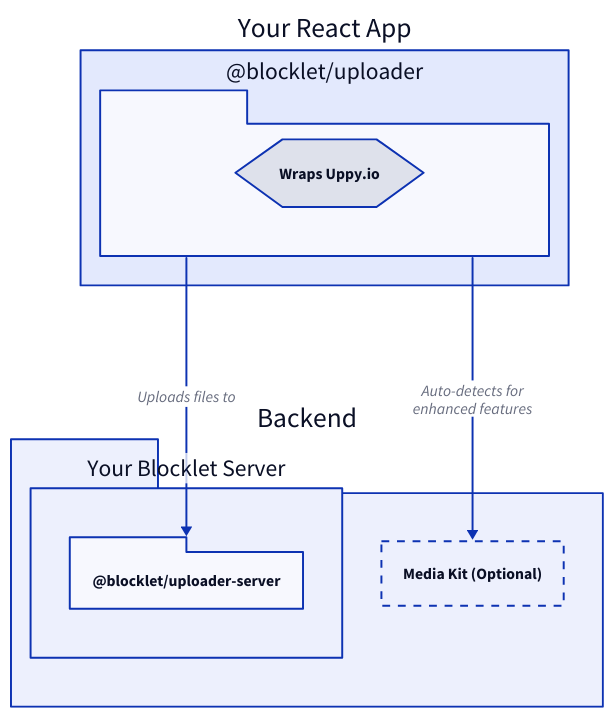
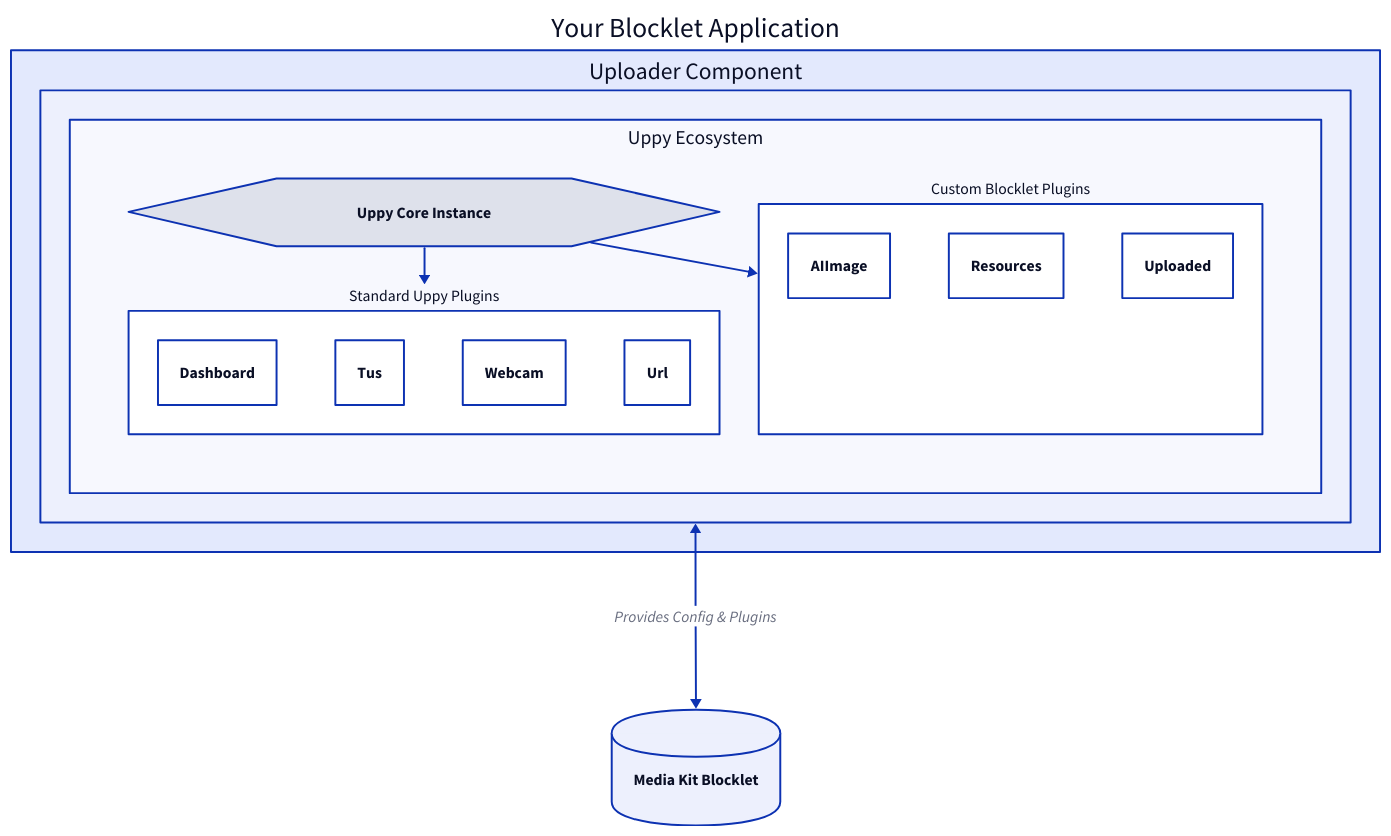
Before and after one commit to blocklet/media-kit: the diagram in .aigne/doc-smith/docs/concepts.md, drawn with D2. The commit also changed other lines of this file and 25 other files, not shown here.

````diff
--- a/.aigne/doc-smith/docs/concepts.md
+++ b/.aigne/doc-smith/docs/concepts.md
@@ -7,44 +5,50 @@
 ```d2
 direction: down
 
-"Your-React-App": {
-  label: "Your React App"
+blocklet-app: {
+  label: "Your Blocklet Application"
   shape: rectangle
 
-  uploader: {
-    label: "@blocklet/uploader"
-    shape: package
+  uploader-component: {
+    label: "Uploader Component"
+    shape: rectangle
 
-    "uppy-core": {
-      label: "Wraps Uppy.io"
-      shape: hexagon
+    uppy-ecosystem: {
+      label: "Uppy Ecosystem"
+      shape: rectangle
+      grid-columns: 2
+
+      uppy-core: {
+        label: "Uppy Core Instance"
+        shape: hexagon
+      }
+
+      standard-plugins: {
+        label: "Standard Uppy Plugins"
+        shape: rectangle
+        Dashboard: {}
+        Tus: {}
+        Webcam: {}
+        Url: {}
+      }
+
+      custom-plugins: {
+        label: "Custom Blocklet Plugins"
+        shape: rectangle
+        AIImage: {}
+        Resources: {}
+        Uploaded: {}
+      }
     }
   }
 }
 
-"Backend": {
-  shape: package
-
-  "Your-Blocklet-Server": {
-    label: "Your Blocklet Server"
-    shape: rectangle
-
-    "uploader-server": {
-      label: "@blocklet/uploader-server"
-      shape: package
-    }
-  }
-
-  "Media-Kit": {
-    label: "Media Kit (Optional)"
-    shape: rectangle
-    style: {
-      stroke-dash: 4
-    }
-  }
+media-kit: {
+  label: "Media Kit Blocklet"
+  shape: cylinder
 }
 
-
-"Your-React-App".uploader -> "Backend"."Your-Blocklet-Server"."uploader-server": "Uploads files to"
-"Your-React-App".uploader -> "Backend"."Media-Kit": "Auto-detects for\nenhanced features"
+blocklet-app.uploader-component.uppy-ecosystem.uppy-core -> blocklet-app.uploader-component.uppy-ecosystem.standard-plugins
+blocklet-app.uploader-component.uppy-ecosystem.uppy-core -> blocklet-app.uploader-component.uppy-ecosystem.custom-plugins
+blocklet-app.uploader-component <-> media-kit: "Provides Config & Plugins"
 ```
````
